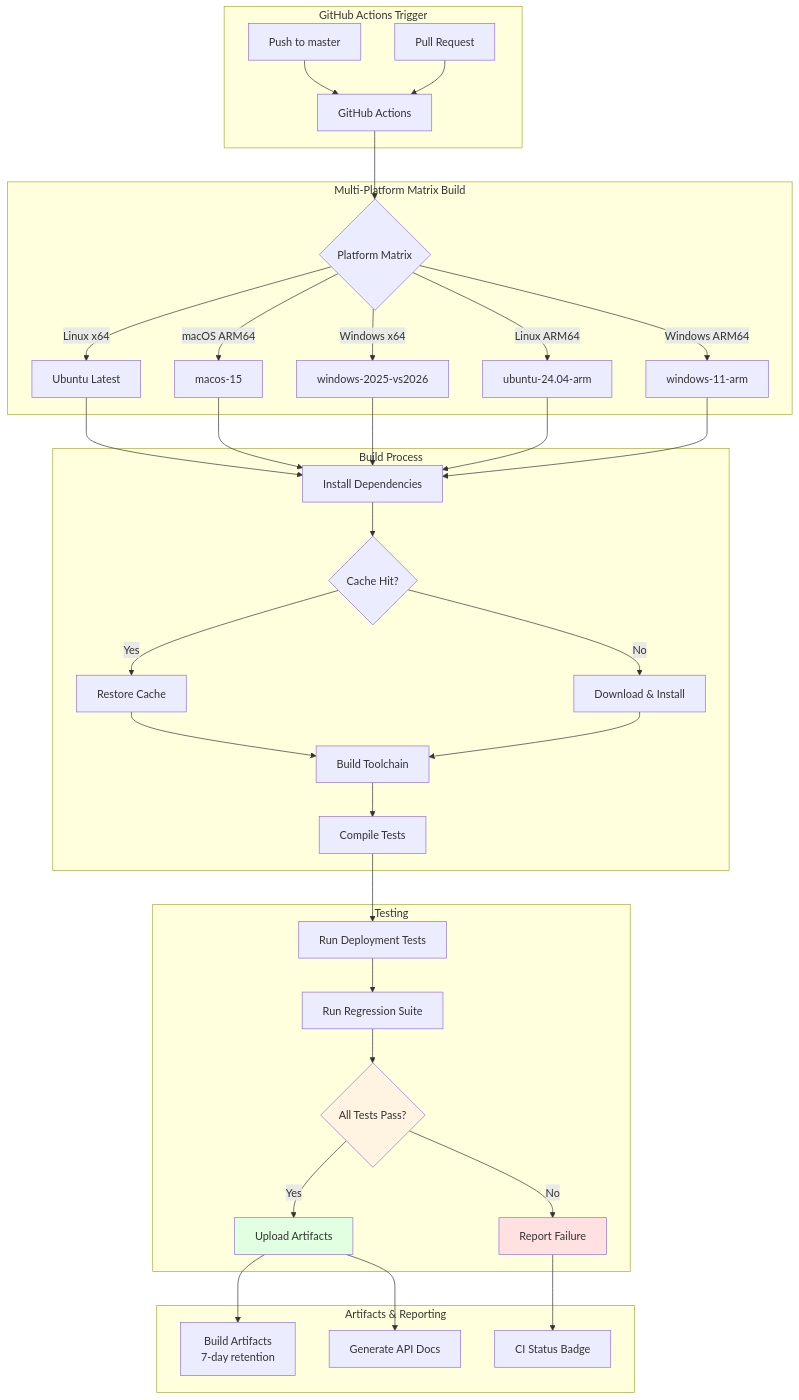
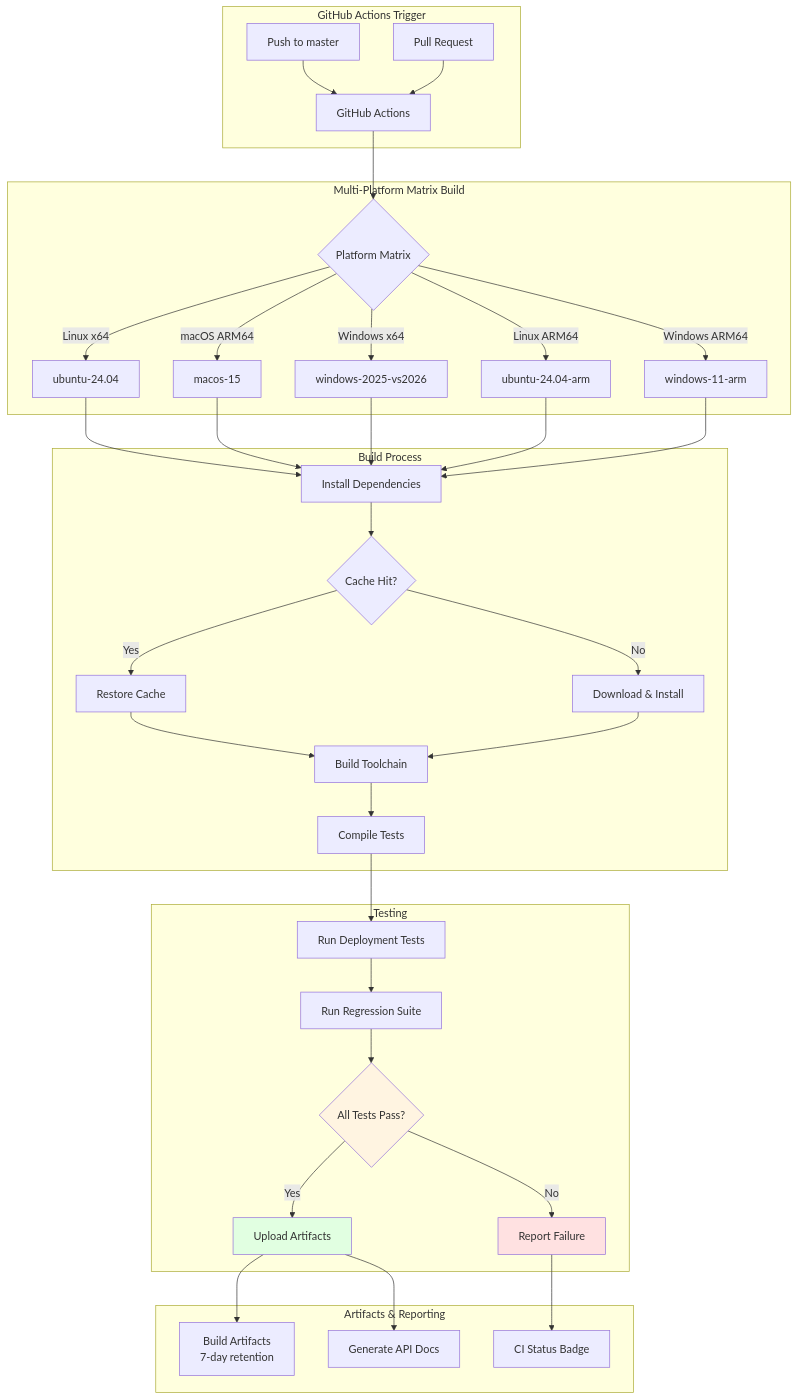
Before and after one commit to objeck/objeck-lang: diagram 15 of 24 in docs/architecture.md, drawn with Mermaid. The commit also changed other lines of this file and 21 other files, not shown here.

````diff
--- a/docs/architecture.md
+++ b/docs/architecture.md
@@ -821,47 +820,47 @@
 ```mermaid
 graph TB
     subgraph "GitHub Actions Trigger"
         A[Push to master] --> B[GitHub Actions]
         C[Pull Request] --> B
     end
 
     subgraph "Multi-Platform Matrix Build"
         B --> D{Platform Matrix}
 
-        D -->|Linux x64| E1[Ubuntu Latest]
+        D -->|Linux x64| E1[ubuntu-24.04]
         D -->|Linux ARM64| E4[ubuntu-24.04-arm]
         D -->|macOS ARM64| E2[macos-15]
         D -->|Windows x64| E3[windows-2025-vs2026]
         D -->|Windows ARM64| E5[windows-11-arm]
     end
 
     subgraph "Build Process"
         E1 & E2 & E3 & E4 & E5 --> F[Install Dependencies]
 
         F --> G{Cache Hit?}
         G -->|Yes| H[Restore Cache]
         G -->|No| I[Download & Install]
 
         H & I --> J[Build Toolchain]
         J --> K[Compile Tests]
     end
 
     subgraph "Testing"
         K --> L[Run Deployment Tests]
         L --> M[Run Regression Suite]
         M --> N{All Tests Pass?}
 
         N -->|Yes| O[Upload Artifacts]
         N -->|No| P[Report Failure]
     end
 
     subgraph "Artifacts & Reporting"
         O --> Q[Build Artifacts<br/>7-day retention]
         O --> R[Generate API Docs]
         P --> S[CI Status Badge]
     end
 
     style N fill:#fff4e1
     style O fill:#e1ffe1
     style P fill:#ffe1e1
 ```
````
